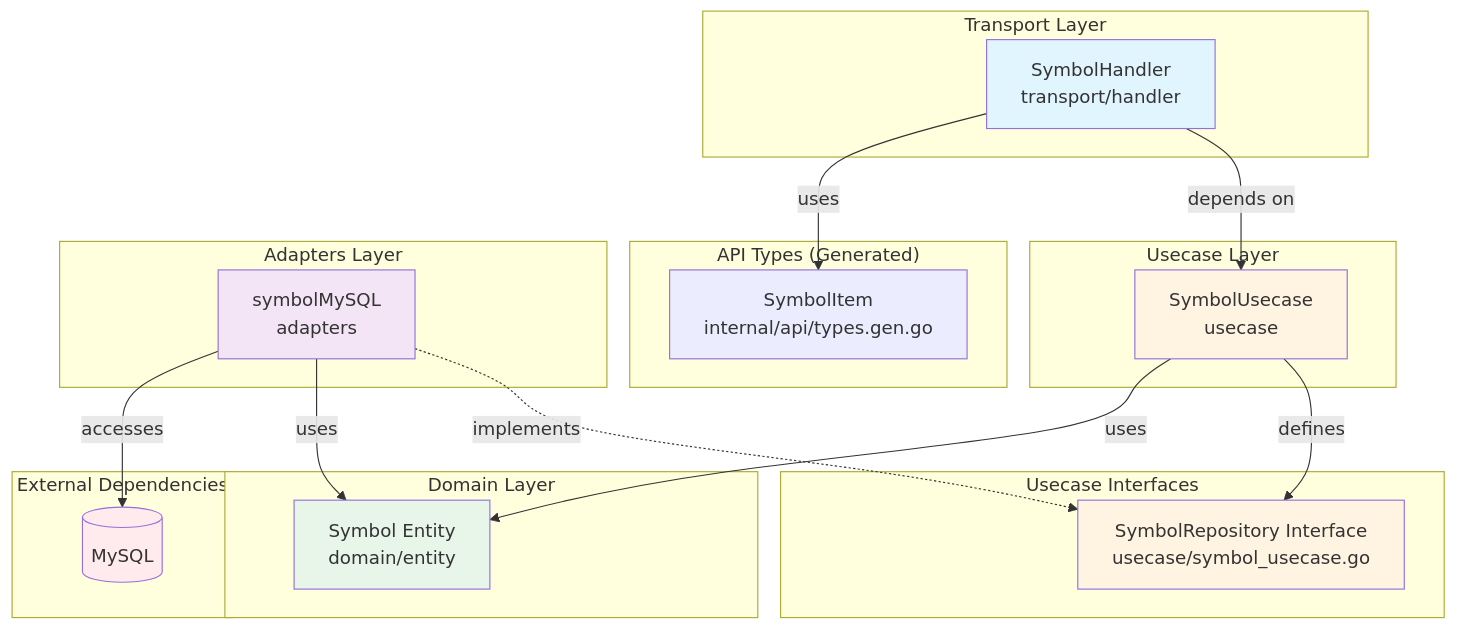
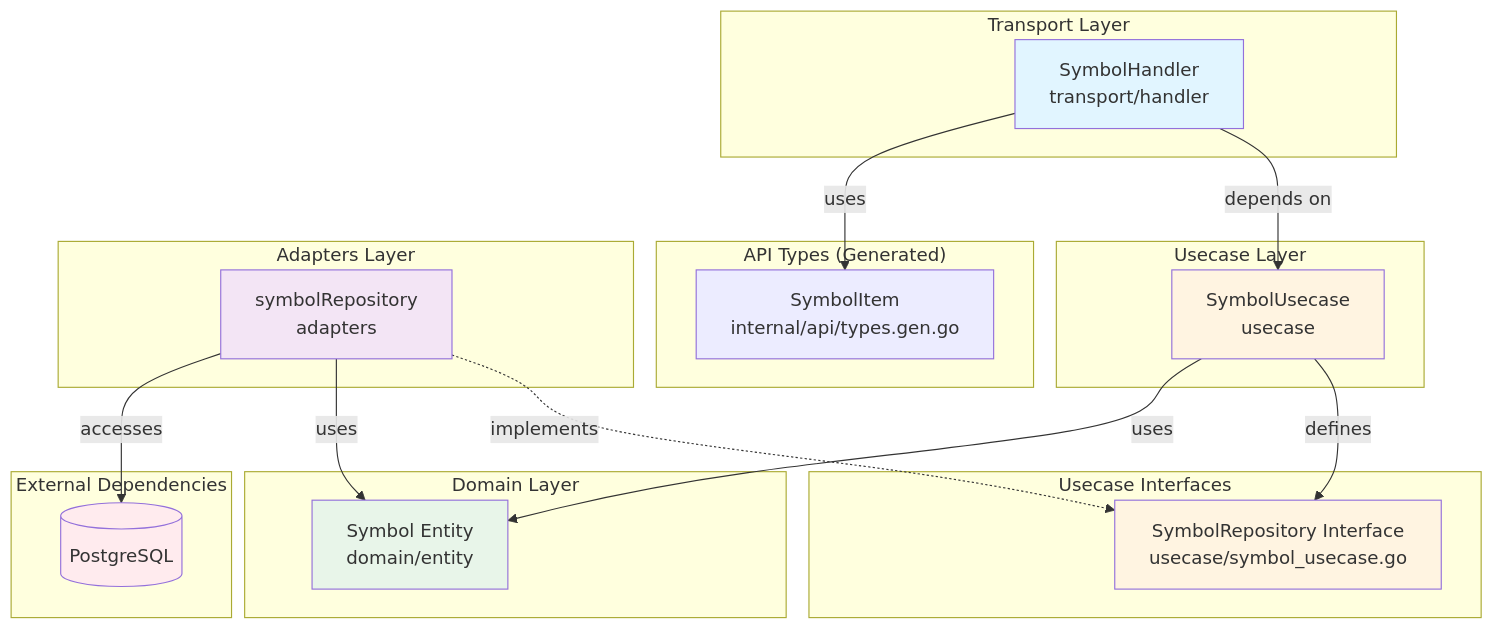
One commit to UCHIDAnobuhiro/stock_backend changed the second of 2 diagrams in internal/feature/symbollist/README.md. Above: the diagram before and after it, drawn with Mermaid. The commit also changed other lines of this file and 19 other files, not shown here.

````diff
--- a/internal/feature/symbollist/README.md
+++ b/internal/feature/symbollist/README.md
@@ -80,45 +80,45 @@
 ```mermaid
 graph TB
     subgraph "Transport Layer"
         Handler[SymbolHandler<br/>transport/handler]
     end
 
     subgraph "API Types (Generated)"
         APITypes[SymbolItem<br/>internal/api/types.gen.go]
     end
 
     subgraph "Usecase Layer"
         Usecase[SymbolUsecase<br/>usecase]
     end
 
     subgraph "Domain Layer"
         Entity[Symbol Entity<br/>domain/entity]
     end
 
     subgraph "Usecase Interfaces"
         RepoInterface[SymbolRepository Interface<br/>usecase/symbol_usecase.go]
     end
 
     subgraph "Adapters Layer"
-        RepoImpl[symbolMySQL<br/>adapters]
+        RepoImpl[symbolRepository<br/>adapters]
     end
 
     subgraph "External Dependencies"
-        DB[(MySQL)]
+        DB[(PostgreSQL)]
     end
 
     Handler -->|depends on| Usecase
     Handler -->|uses| APITypes
     Usecase -->|defines| RepoInterface
     Usecase -->|uses| Entity
     RepoImpl -.->|implements| RepoInterface
     RepoImpl -->|uses| Entity
     RepoImpl -->|accesses| DB
 
     style Handler fill:#e1f5ff
     style Usecase fill:#fff4e1
     style Entity fill:#e8f5e9
     style RepoInterface fill:#fff4e1
     style RepoImpl fill:#f3e5f5
     style DB fill:#ffebee
 ```
````
